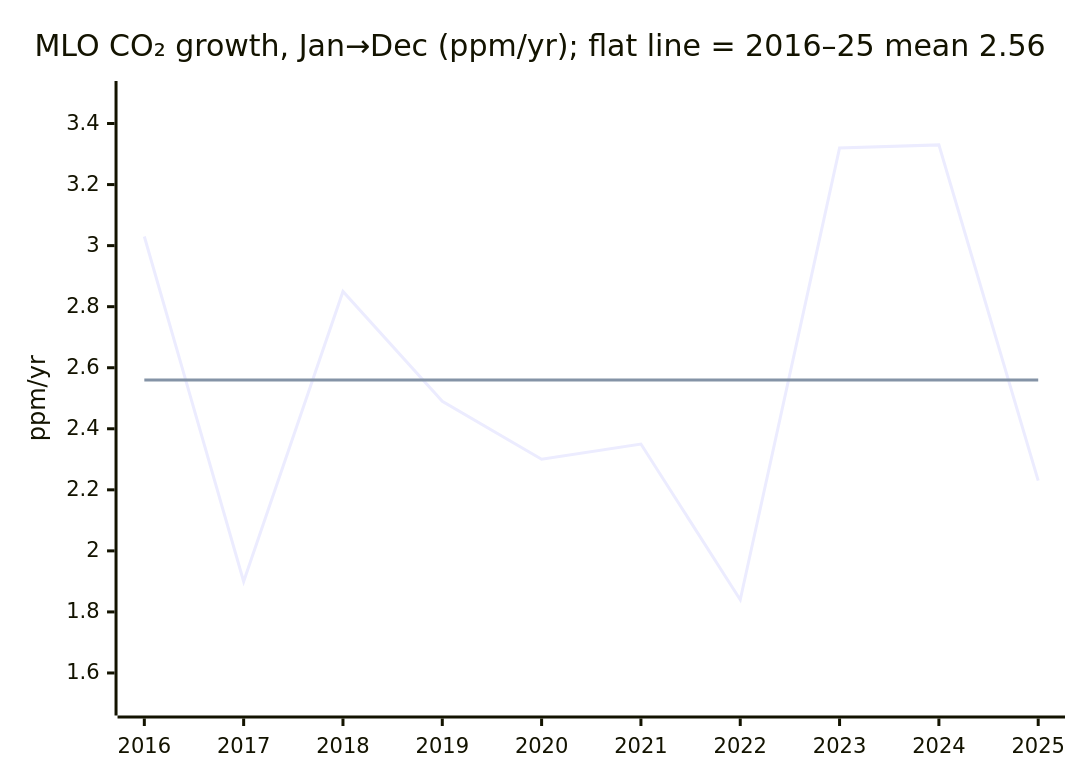
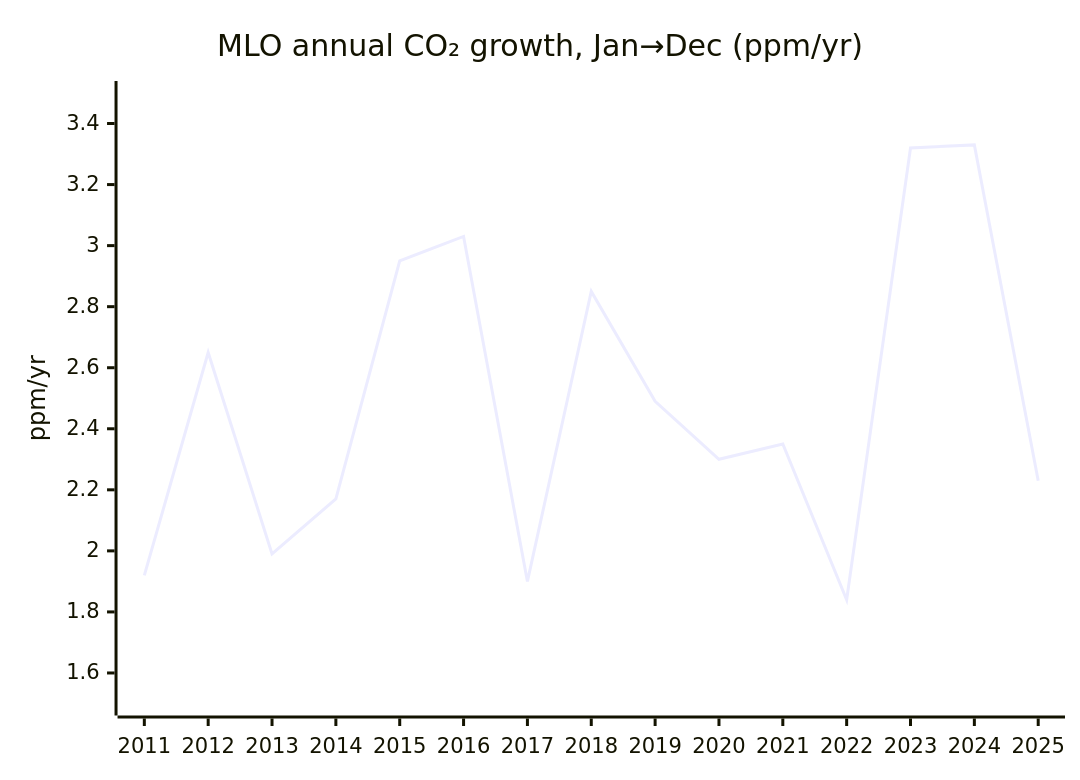
One commit to pasky/grand-endeavors changed the second of 3 diagrams in pilot-26H1/climate.md. Above: the diagram before and after it, drawn with Mermaid. The commit also changed other lines of this file and 3 other files, not shown here.

````diff
--- a/pilot-26H1/climate.md
+++ b/pilot-26H1/climate.md
@@ -62,9 +67,8 @@
 ```mermaid
 xychart-beta
     %% kpi: climate co2-growth-mlo-jan-dec --label year
-    title "MLO CO₂ growth, Jan→Dec (ppm/yr); flat line = 2016–25 mean 2.56"
-    x-axis [2016, 2017, 2018, 2019, 2020, 2021, 2022, 2023, 2024, 2025]
+    title "MLO annual CO₂ growth, Jan→Dec (ppm/yr)"
+    x-axis [2011, 2012, 2013, 2014, 2015, 2016, 2017, 2018, 2019, 2020, 2021, 2022, 2023, 2024, 2025]
     y-axis "ppm/yr" 1.5 --> 3.5
-    line [3.03, 1.90, 2.85, 2.49, 2.30, 2.35, 1.84, 3.32, 3.33, 2.23]
-    line [2.56, 2.56, 2.56, 2.56, 2.56, 2.56, 2.56, 2.56, 2.56, 2.56]
+    line [1.92, 2.65, 1.99, 2.17, 2.95, 3.03, 1.90, 2.85, 2.49, 2.30, 2.35, 1.84, 3.32, 3.33, 2.23]
 ```
````
